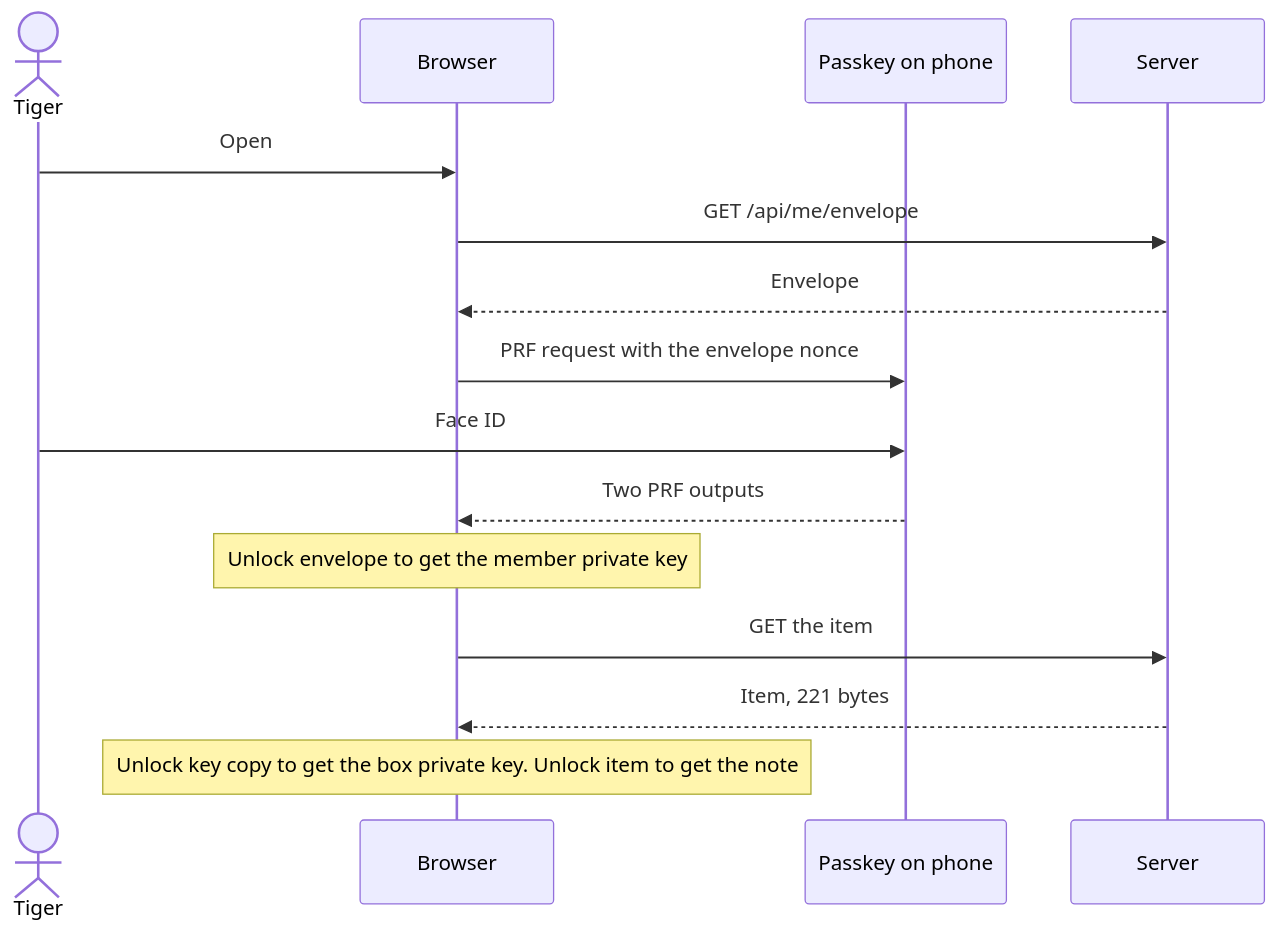
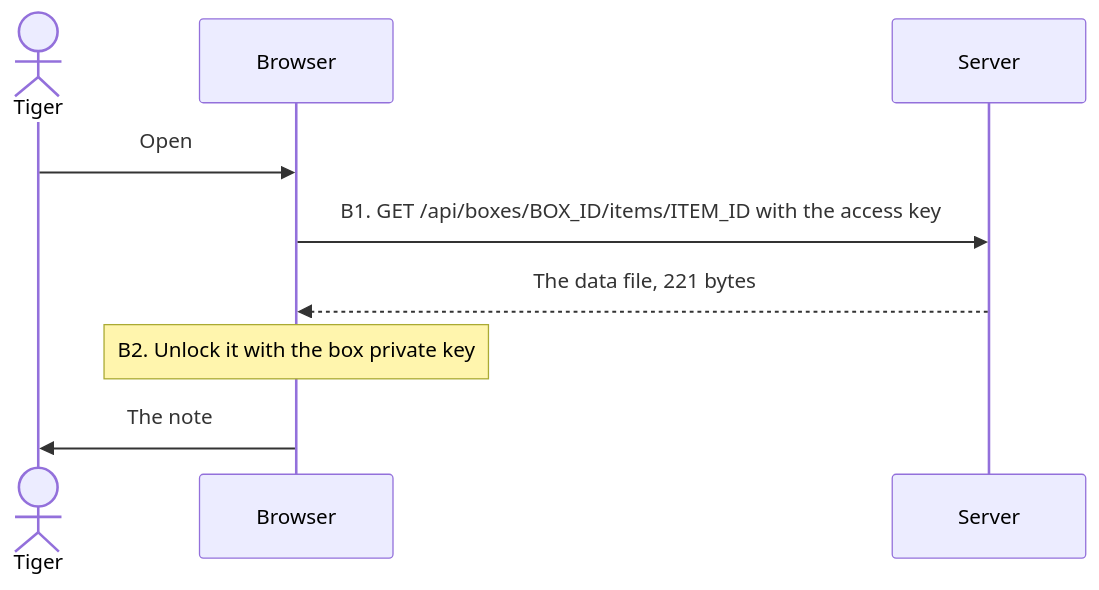
One commit to intaniger/secretbox changed the third of 3 diagrams in docs/03-add-item.md. Above: the diagram before and after it, drawn with Mermaid. The commit also changed other lines of this file and 30 other files, not shown here.

````diff
--- a/docs/03-add-item.md
+++ b/docs/03-add-item.md
@@ -125,17 +130,11 @@
 ```mermaid
 sequenceDiagram
   actor T as Tiger
   participant B as Browser
-  participant P as Passkey on phone
   participant S as Server
   T->>B: Open
-  B->>S: GET /api/me/envelope
-  S-->>B: Envelope
-  B->>P: PRF request with the envelope nonce
-  T->>P: Face ID
-  P-->>B: Two PRF outputs
-  Note over B: Unlock envelope to get the member private key
-  B->>S: GET the item
-  S-->>B: Item, 221 bytes
-  Note over B: Unlock key copy to get the box private key. Unlock item to get the note
+  B->>S: B1. GET /api/boxes/BOX_ID/items/ITEM_ID with the access key
+  S-->>B: The data file, 221 bytes
+  Note over B: B2. Unlock it with the box private key
+  B->>T: The note
 ```
````
